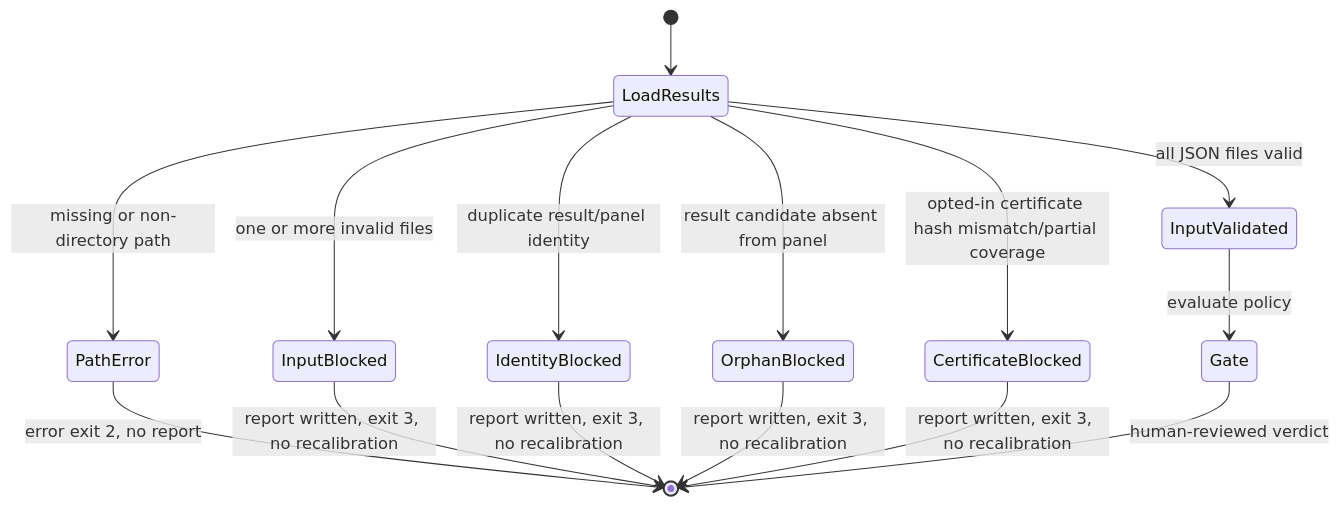
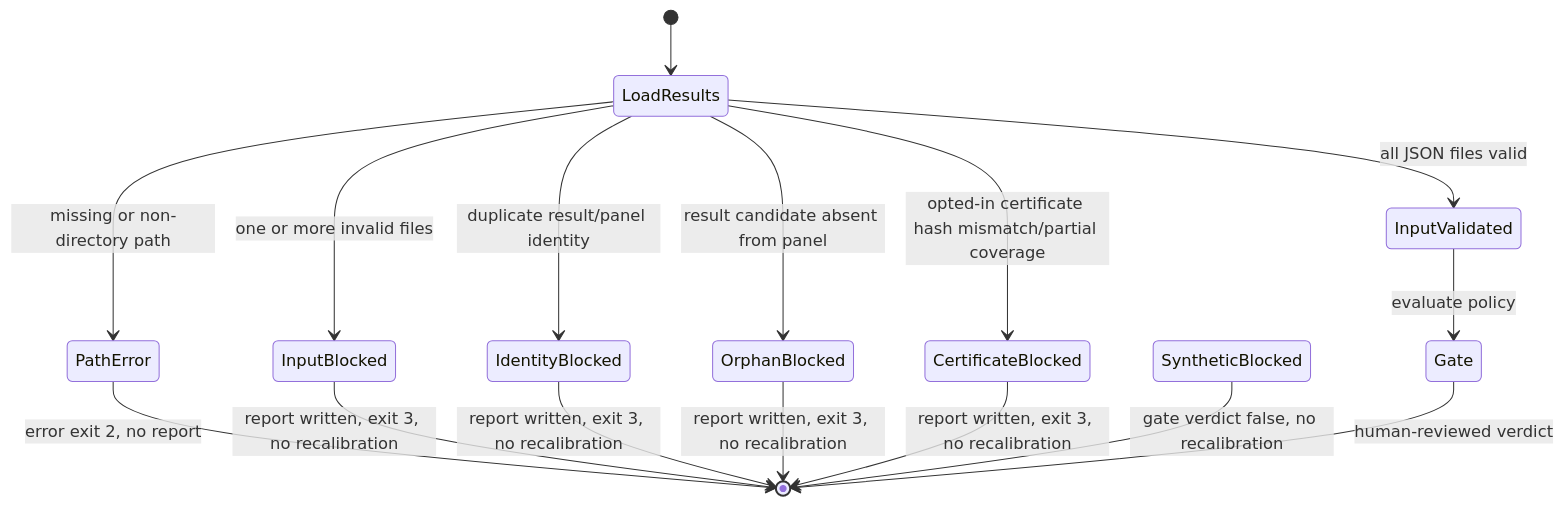
Before and after one commit to streamentry/OpenAMP-Foundry: the fourth of 4 diagrams in tests/calibration/AGENTS.md, drawn with Mermaid. The commit also changed other lines of this file and 20 other files, not shown here.

Commit message:
fix: block synthetic results from recalibration

````diff
--- a/tests/calibration/AGENTS.md
+++ b/tests/calibration/AGENTS.md
@@ -64,17 +67,18 @@
 ```mermaid
 stateDiagram-v2
   [*] --> LoadResults
   LoadResults --> InputValidated: all JSON files valid
   LoadResults --> InputBlocked: one or more invalid files
   LoadResults --> IdentityBlocked: duplicate result/panel identity
   LoadResults --> OrphanBlocked: result candidate absent from panel
   LoadResults --> CertificateBlocked: opted-in certificate hash mismatch/partial coverage
   LoadResults --> PathError: missing or non-directory path
   PathError --> [*]: error exit 2, no report
   InputBlocked --> [*]: report written, exit 3, no recalibration
   IdentityBlocked --> [*]: report written, exit 3, no recalibration
   OrphanBlocked --> [*]: report written, exit 3, no recalibration
   CertificateBlocked --> [*]: report written, exit 3, no recalibration
+  SyntheticBlocked --> [*]: gate verdict false, no recalibration
   InputValidated --> Gate: evaluate policy
   Gate --> [*]: human-reviewed verdict
 ```
````
